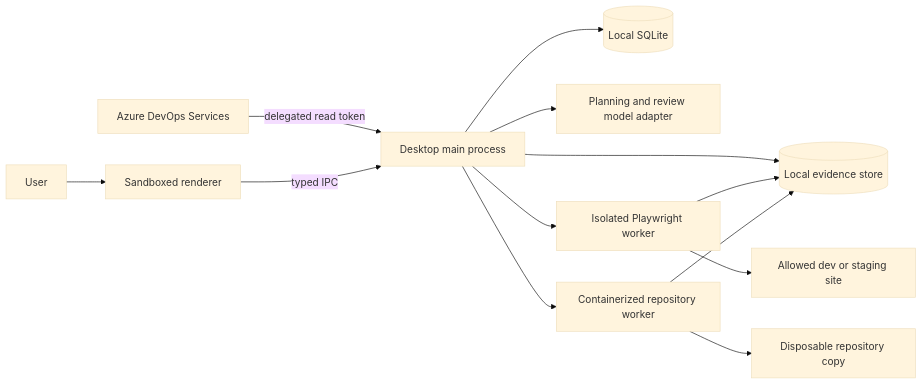
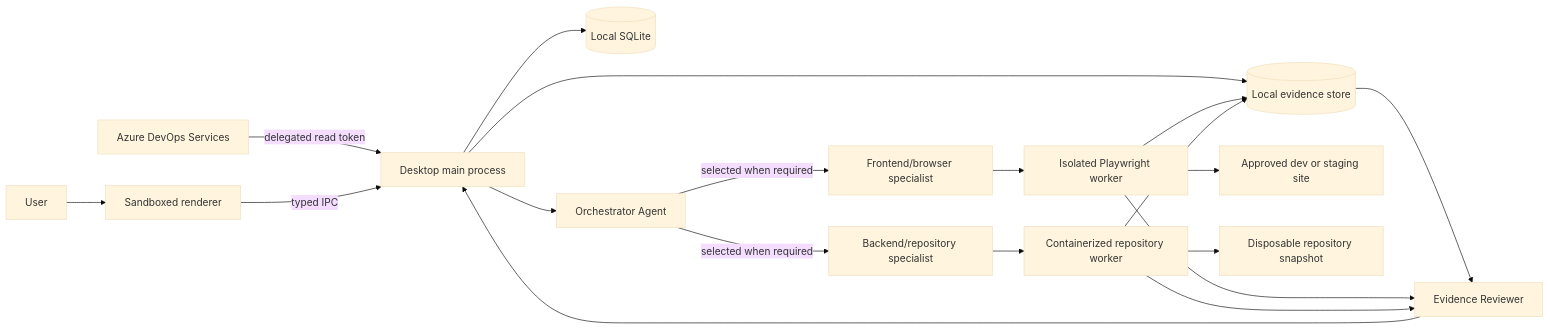
Before and after one commit to pmarshall7516/agentic-qa-framework: the diagram in docs/00-agentic-qa-system-architecture.md, drawn with Mermaid (base theme). The commit also changed other lines of this file and 53 other files, not shown here.

````diff
--- a/docs/00-agentic-qa-system-architecture.md
+++ b/docs/00-agentic-qa-system-architecture.md
@@ -9,15 +9,21 @@
 ```mermaid
 flowchart LR
   A[Azure DevOps Services] -->|delegated read token| M[Desktop main process]
   U[User] --> R[Sandboxed renderer]
   R -->|typed IPC| M
   M --> DB[(Local SQLite)]
   M --> E[(Local evidence store)]
-  M --> P[Planning and review model adapter]
-  M --> B[Isolated Playwright worker]
-  M --> C[Containerized repository worker]
-  B --> S[Allowed dev or staging site]
-  C --> L[Disposable repository copy]
-  B --> E
-  C --> E
+  M --> O[Orchestrator Agent]
+  O -->|selected when required| B[Frontend/browser specialist]
+  O -->|selected when required| C[Backend/repository specialist]
+  B --> W[Isolated Playwright worker]
+  C --> X[Containerized repository worker]
+  W --> S[Approved dev or staging site]
+  X --> L[Disposable repository snapshot]
+  W --> E
+  X --> E
+  E --> V
+  W --> V[Evidence Reviewer]
+  X --> V
+  V --> M
 ```
````
